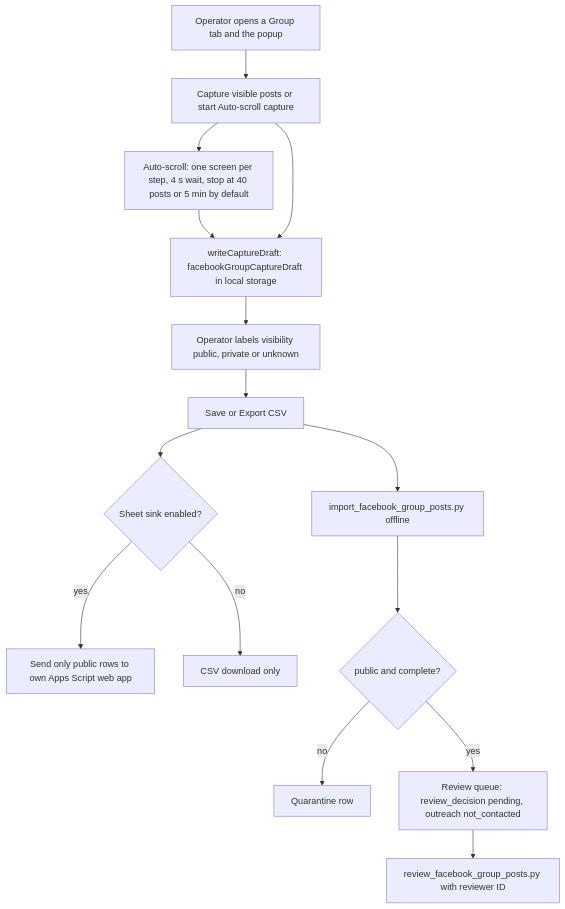
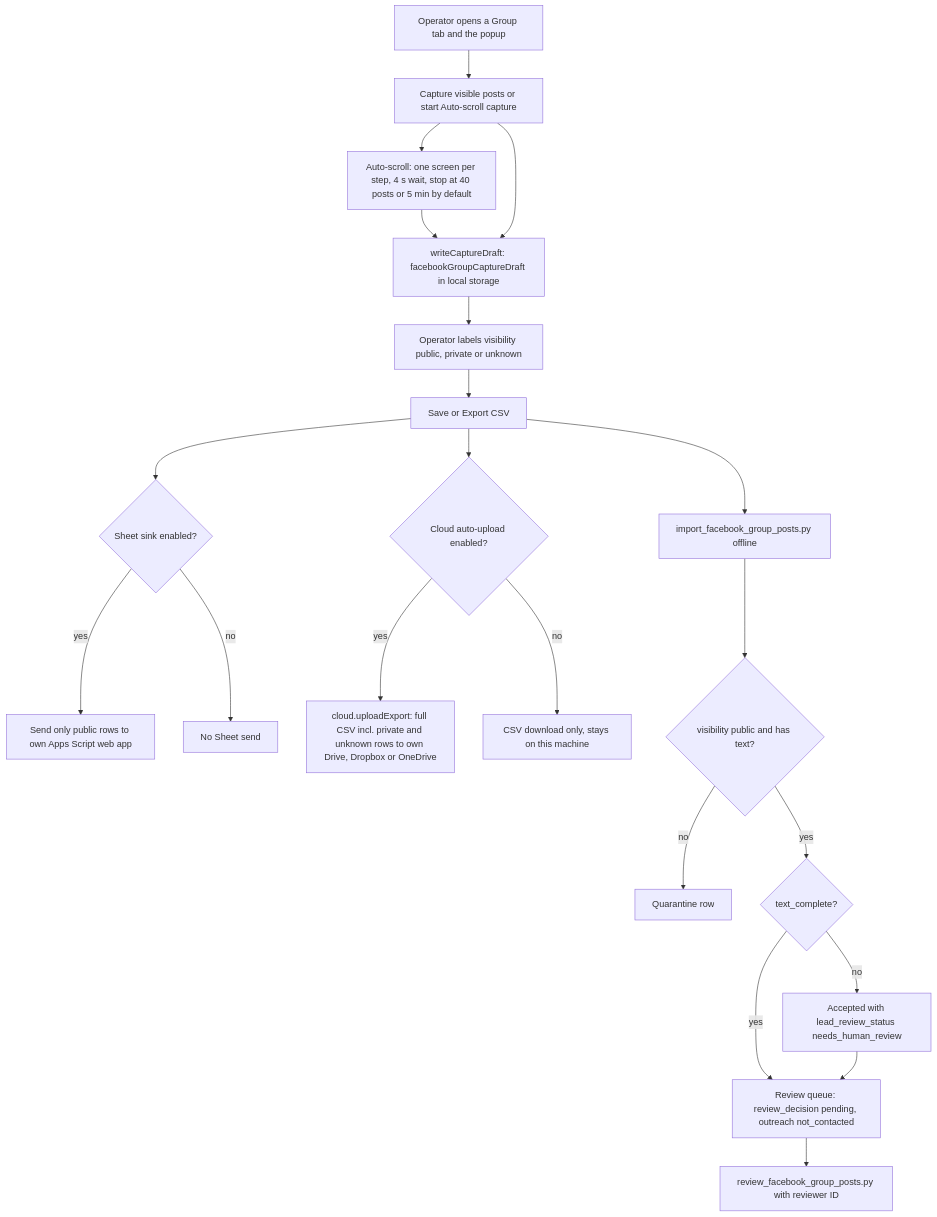
Before and after one commit to bookchaowalit/career-job-scraper: the third of 3 diagrams in docs/diagrams/03-user-flows.md, drawn with Mermaid. The commit also changed other lines of this file and 1 other file, not shown here.

Commit message:
docs: correct cloud upload, quarantine and approval paths
Codex review: job saves never upload to cloud; Facebook cloud upload is gated
separately from the Sheet sink and includes private rows; incomplete public
text is accepted for human review, not quarantined; approval must happen in
the prepare call because a second prepare is refused.

````diff
--- a/docs/diagrams/03-user-flows.md
+++ b/docs/diagrams/03-user-flows.md
@@ -44,17 +47,23 @@
 ```mermaid
 flowchart TD
   A["Operator opens a Group tab and the popup"] --> B["Capture visible posts or start Auto-scroll capture"]
   B --> C["Auto-scroll: one screen per step, 4 s wait, stop at 40 posts or 5 min by default"]
   C --> D["writeCaptureDraft: facebookGroupCaptureDraft in local storage"]
   B --> D
   D --> E["Operator labels visibility public, private or unknown"]
   E --> F["Save or Export CSV"]
   F --> G{"Sheet sink enabled?"}
   G -->|"yes"| H["Send only public rows to own Apps Script web app"]
-  G -->|"no"| I["CSV download only"]
+  G -->|"no"| I["No Sheet send"]
+  F --> CU{"Cloud auto-upload enabled?"}
+  CU -->|"yes"| CU1["cloud.uploadExport: full CSV incl. private and unknown rows to own Drive, Dropbox or OneDrive"]
+  CU -->|"no"| CU2["CSV download only, stays on this machine"]
   F --> J["import_facebook_group_posts.py offline"]
-  J --> K{"public and complete?"}
+  J --> K{"visibility public and has text?"}
   K -->|"no"| L["Quarantine row"]
-  K -->|"yes"| M["Review queue: review_decision pending, outreach not_contacted"]
+  K -->|"yes"| K2{"text_complete?"}
+  K2 -->|"yes"| M["Review queue: review_decision pending, outreach not_contacted"]
+  K2 -->|"no"| M2["Accepted with lead_review_status needs_human_review"]
+  M2 --> M
   M --> N["review_facebook_group_posts.py with reviewer ID"]
 ```
````
